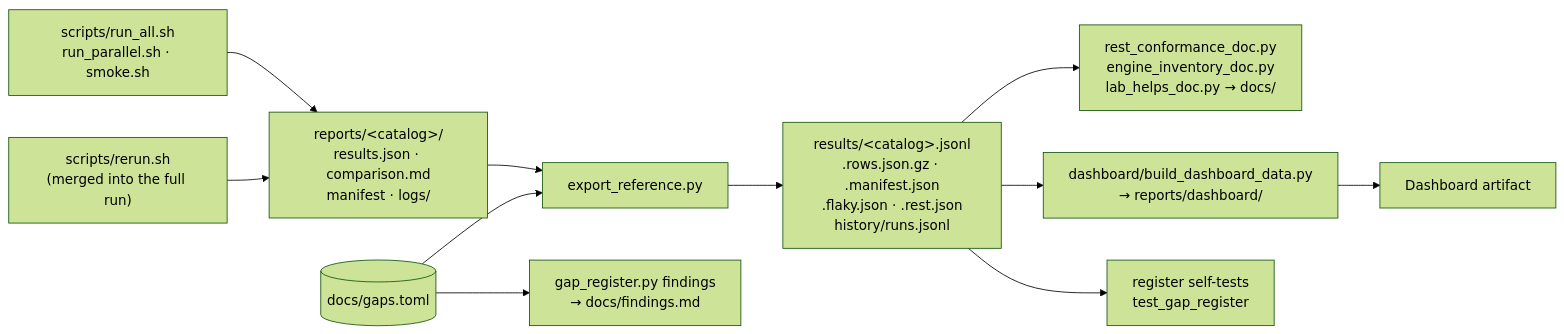
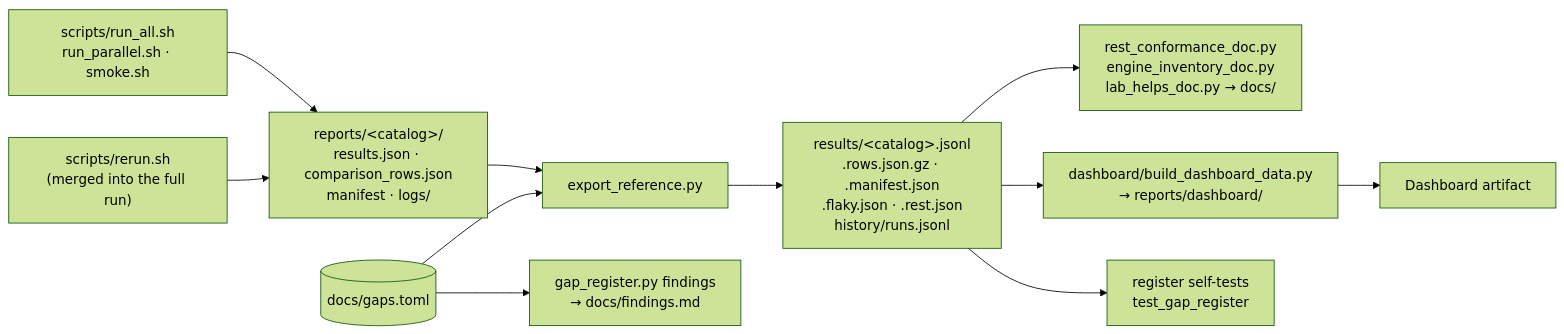
One commit to djdtimit/iceberg_lab changed the first of 3 diagrams in docs/tests.md. Above: the diagram before and after it, drawn with Mermaid (forest theme). The commit also changed other lines of this file and 85 other files, not shown here.

````diff
--- a/docs/tests.md
+++ b/docs/tests.md
@@ -128,13 +147,13 @@
 ```mermaid
 flowchart LR
-  RA["scripts/run_all.sh<br/>run_parallel.sh · smoke.sh"] --> REP["reports/#lt;catalog#gt;/<br/>results.json · comparison.md<br/>manifest · logs/"]
+  RA["scripts/run_all.sh<br/>run_parallel.sh · smoke.sh"] --> REP["reports/#lt;catalog#gt;/<br/>results.json · comparison_rows.json<br/>manifest · logs/"]
   RR["scripts/rerun.sh<br/>(merged into the full run)"] --> REP
   REP --> EX["export_reference.py"]
   EX --> RES["results/#lt;catalog#gt;.jsonl<br/>.rows.json.gz · .manifest.json<br/>.flaky.json · .rest.json<br/>history/runs.jsonl"]
   REG[("docs/gaps.toml")] --> EX
   REG --> FIND["gap_register.py findings<br/>→ docs/findings.md"]
   RES --> DOCS["rest_conformance_doc.py<br/>engine_inventory_doc.py<br/>lab_helps_doc.py → docs/"]
   RES --> DB["dashboard/build_dashboard_data.py<br/>→ reports/dashboard/"]
   DB --> ART[Dashboard artifact]
   RES --> ST["register self-tests<br/>test_gap_register"]
 ```
````
